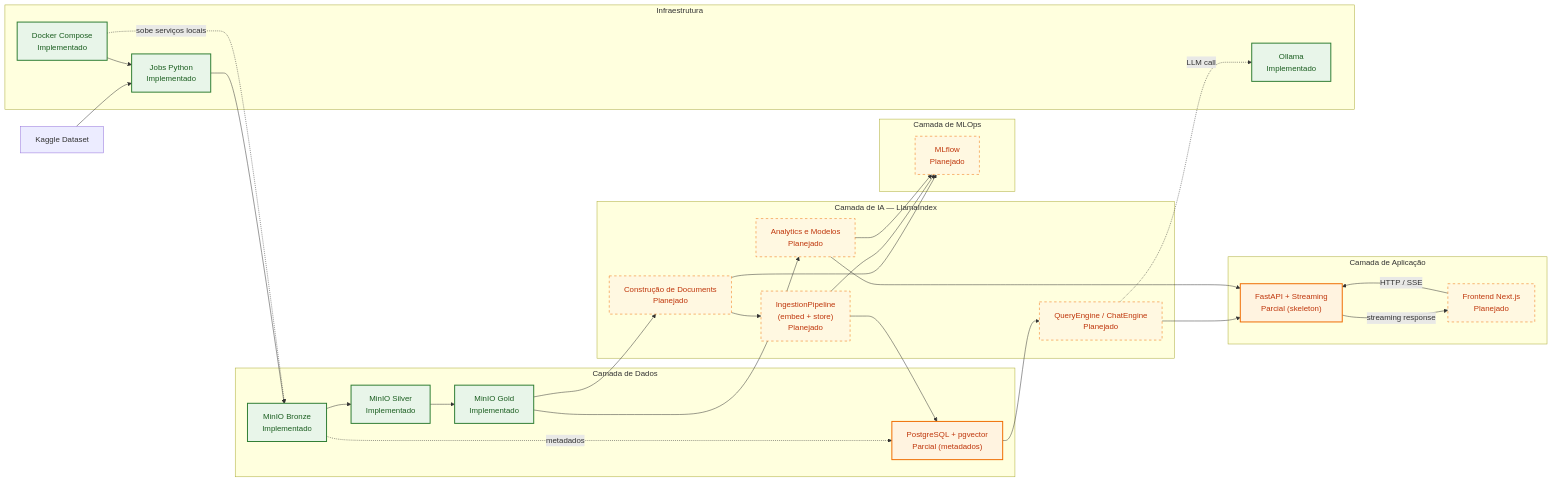
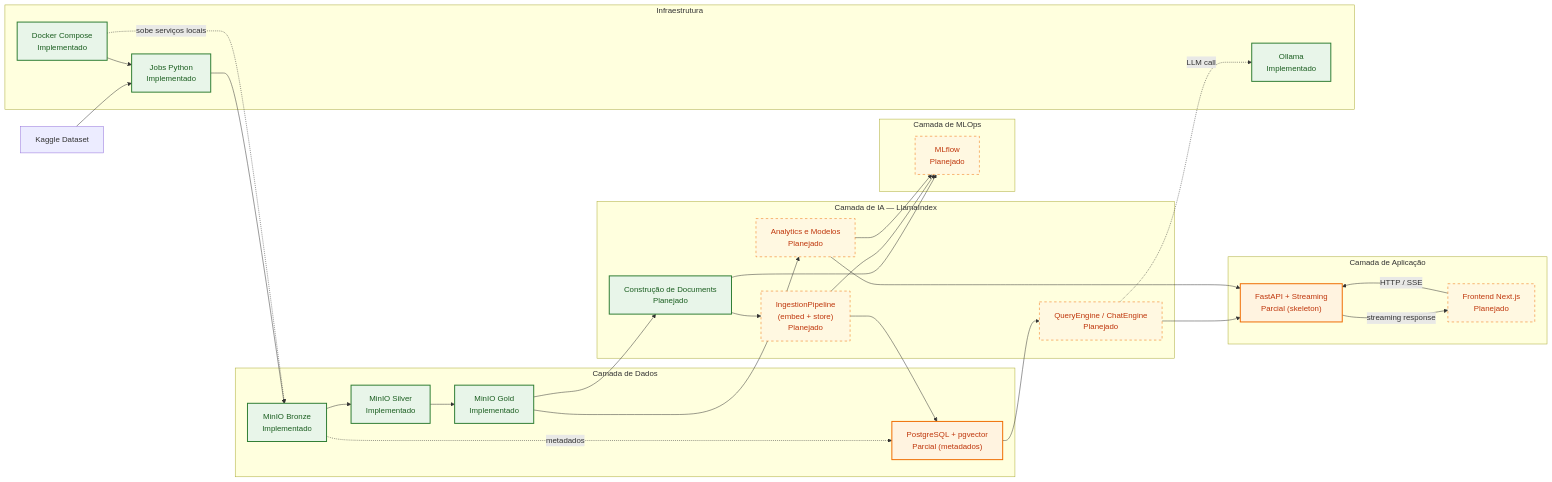
One commit to pedroandrade03/rag-intelligence changed the first of 4 diagrams in README.md. Above: the diagram before and after it, drawn with Mermaid. The commit also changed other lines of this file and 12 other files, not shown here.

````diff
--- a/README.md
+++ b/README.md
@@ -47,54 +47,54 @@
 ```mermaid
 flowchart LR
     kaggle["Kaggle Dataset"]
 
     subgraph dados[Camada de Dados]
         bronze["MinIO Bronze<br/>Implementado"]
         silver["MinIO Silver<br/>Implementado"]
         gold["MinIO Gold<br/>Implementado"]
         pg["PostgreSQL + pgvector<br/>Parcial (metadados)"]
     end
 
     subgraph ia[Camada de IA — LlamaIndex]
         fe["Construção de Documents<br/>Planejado"]
         ingest["IngestionPipeline<br/>(embed + store)<br/>Planejado"]
         rag["QueryEngine / ChatEngine<br/>Planejado"]
         ml["Analytics e Modelos<br/>Planejado"]
     end
 
     subgraph app[Camada de Aplicação]
         api["FastAPI + Streaming<br/>Parcial (skeleton)"]
         frontend["Frontend Next.js<br/>Planejado"]
     end
 
     subgraph mlops[Camada de MLOps]
         mlflow["MLflow<br/>Planejado"]
     end
 
     subgraph infra[Infraestrutura]
         compose["Docker Compose<br/>Implementado"]
         importer["Jobs Python<br/>Implementado"]
         ollama["Ollama<br/>Implementado"]
     end
 
     kaggle --> importer --> bronze --> silver --> gold
     bronze -. metadados .-> pg
     gold --> fe --> ingest --> pg
     pg --> rag --> api
     rag -.->|"LLM call"| ollama
     gold --> ml --> api
     frontend -->|"HTTP / SSE"| api
     api -->|"streaming response"| frontend
     fe --> mlflow
     ingest --> mlflow
     ml --> mlflow
     compose --> importer
     compose -. sobe serviços locais .-> bronze
 
     classDef implemented fill:#e8f5e9,stroke:#2e7d32,color:#1b5e20,stroke-width:2px;
     classDef planned fill:#fff8e1,stroke:#ef6c00,color:#bf360c,stroke-dasharray: 5 5;
     classDef partial fill:#fff3e0,stroke:#ef6c00,color:#bf360c,stroke-width:2px;
-    class bronze,compose,importer,silver,gold,ollama implemented;
+    class bronze,compose,importer,silver,gold,fe,ollama implemented;
     class pg,api partial;
-    class fe,ingest,rag,ml,frontend,mlflow planned;
+    class ingest,rag,ml,frontend,mlflow planned;
 ```
````
